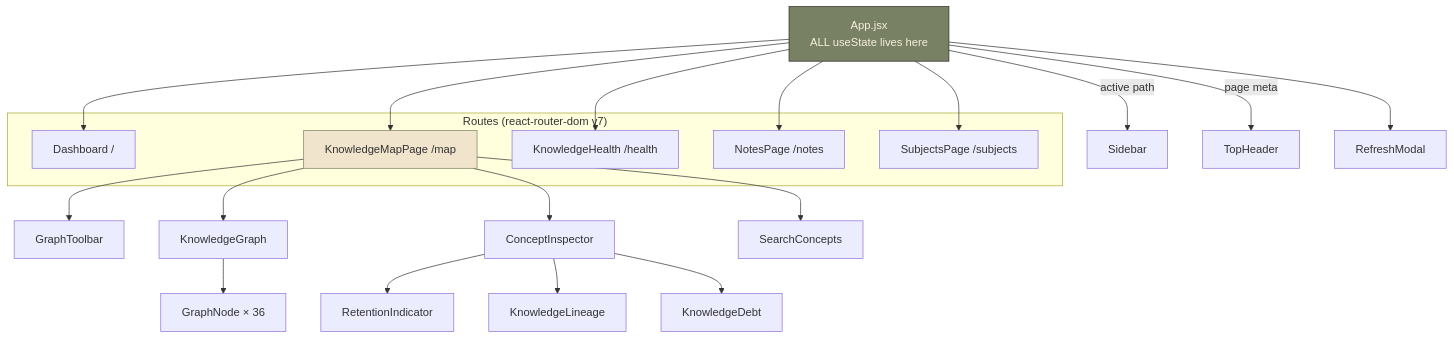
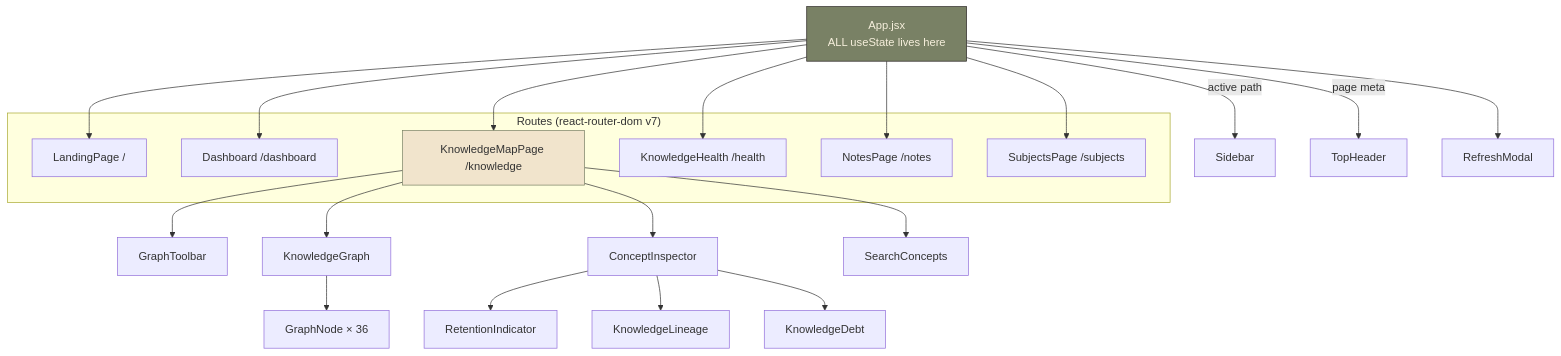
Before and after one commit to gilldilshaan/Retain360: the second of 3 diagrams in README.md, drawn with Mermaid. The commit also changed other lines of this file and 25 other files, not shown here.

Commit message:
Integrate teammate Notes library; redesign Search into Notes; document UI app-wide; graph pan/zoom rebuild; dashboard v2; paper-waves background

````diff
--- a/README.md
+++ b/README.md
@@ -140,30 +142,31 @@
 ```mermaid
 graph TD
     APP["App.jsx<br/>ALL useState lives here"]
 
     APP -->|"active path"| SB["Sidebar"]
     APP -->|"page meta"| TH["TopHeader"]
 
     subgraph pages ["Routes (react-router-dom v7)"]
-      D["Dashboard /"]
-      M["KnowledgeMapPage /map"]
+      L["LandingPage /"]
+      D["Dashboard /dashboard"]
+      M["KnowledgeMapPage /knowledge"]
       H["KnowledgeHealth /health"]
       N["NotesPage /notes"]
       S["SubjectsPage /subjects"]
     end
 
-    APP --> D & M & H & N & S
+    APP --> L & D & M & H & N & S
 
     M --> GT["GraphToolbar"]
     M --> KG["KnowledgeGraph"]
     KG --> GN["GraphNode × 36"]
     M --> CI["ConceptInspector"]
     CI --> RI["RetentionIndicator"]
     CI --> KL["KnowledgeLineage"]
     CI --> KD["KnowledgeDebt"]
     M --> SC["SearchConcepts"]
     APP --> RM["RefreshModal"]
 
     style APP fill:#798165,color:#F6EFDC,stroke:#2C2725
     style M fill:#F1E4CC,stroke:#798165
 ```
````
